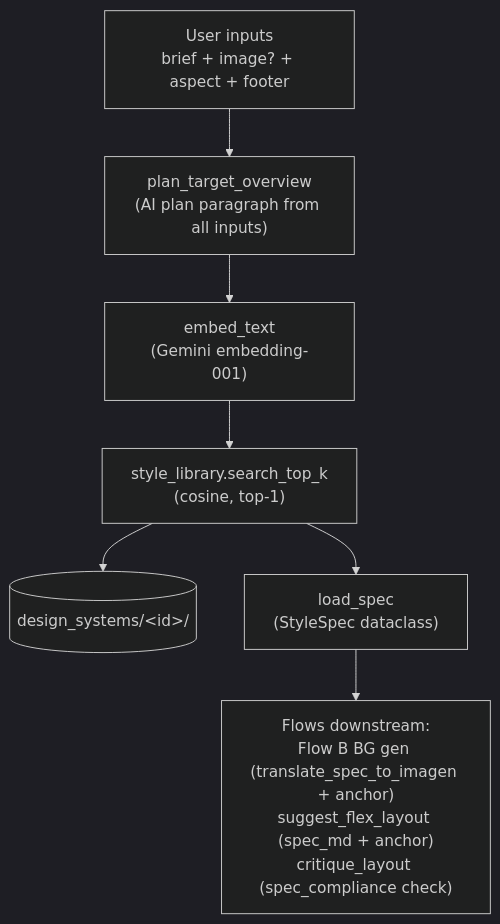
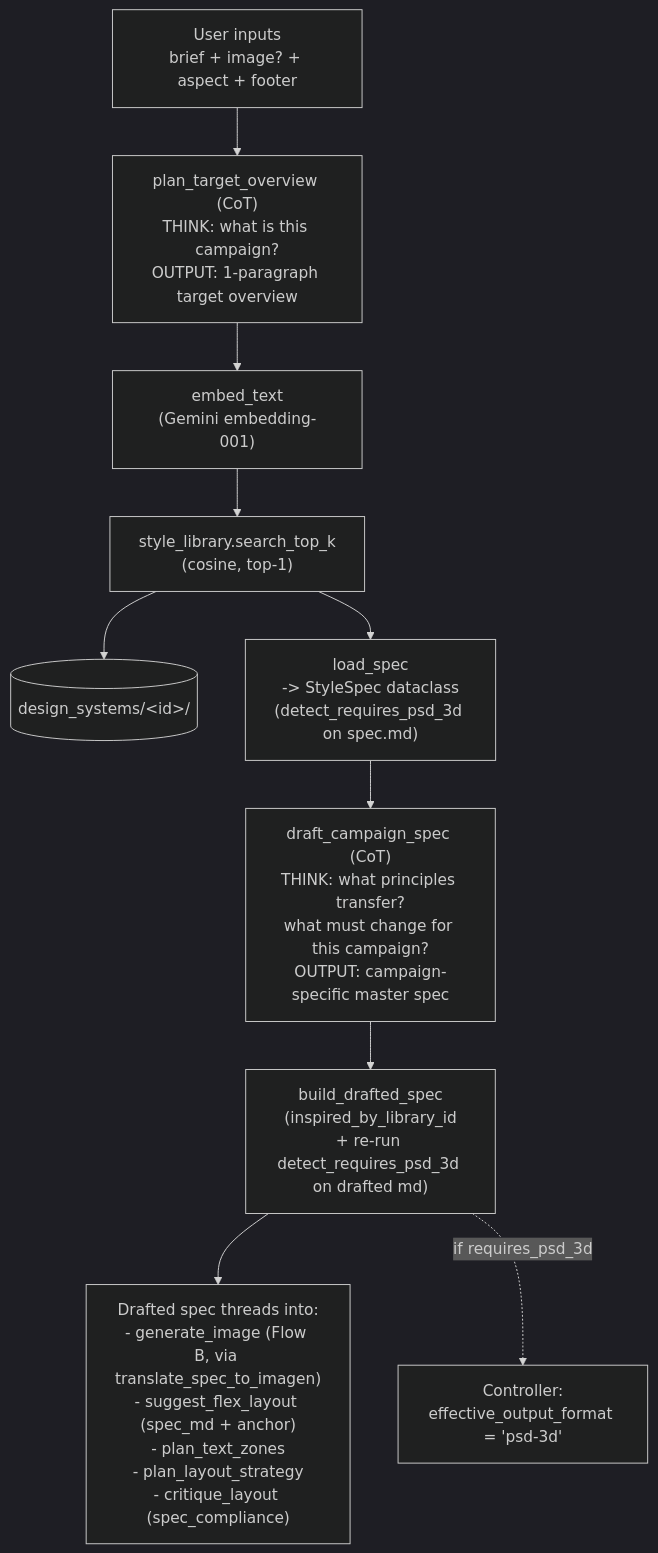
The seventh of 7 diagrams in architecture.md (Chulinuwu/gen-image-layer-separator), drawn with Mermaid (dark theme) before and after one commit. The commit also changed other lines of this file and 1 other file, not shown here.

Commit message:
docs: update architecture.md + CLAUDE.md to reflect StyleSpec pipeline (Step 0 + 0.5, CoT prompts, spec-driven BG)

````diff
--- a/architecture.md
+++ b/architecture.md
@@ -553,9 +646,14 @@
 ```mermaid
 graph TB
-  Inputs["User inputs<br/>brief + image? + aspect + footer"] --> Plan["plan_target_overview<br/>(AI plan paragraph from all inputs)"]
-  Plan --> Emb["embed_text<br/>(Gemini embedding-001)"]
-  Emb --> Search["style_library.search_top_k<br/>(cosine, top-1)"]
-  Search --> Lib[("design_systems/&lt;id&gt;/")]
-  Search --> Load["load_spec<br/>(StyleSpec dataclass)"]
-  Load --> Downstream["Flows downstream:<br/>Flow B BG gen (translate_spec_to_imagen + anchor)<br/>suggest_flex_layout (spec_md + anchor)<br/>critique_layout (spec_compliance check)"]
+  Inputs["User inputs<br/>brief + image? + aspect + footer"] --> Plan
+  Plan["plan_target_overview (CoT)<br/>THINK: what is this campaign?<br/>OUTPUT: 1-paragraph target overview"] --> Emb
+  Emb["embed_text<br/>(Gemini embedding-001)"] --> Search
+  Search["style_library.search_top_k<br/>(cosine, top-1)"] --> Lib[("design_systems/&lt;id&gt;/")]
+  Search --> Load["load_spec<br/>-> StyleSpec dataclass<br/>(detect_requires_psd_3d on spec.md)"]
+  Load --> Draft["draft_campaign_spec (CoT)<br/>THINK: what principles transfer?<br/>what must change for this campaign?<br/>OUTPUT: campaign-specific master spec"]
+  Draft --> Build["build_drafted_spec<br/>(inspired_by_library_id<br/>+ re-run detect_requires_psd_3d on drafted md)"]
+  Build --> Downstream
+  Build -. "if requires_psd_3d" .-> Elev["Controller:<br/>effective_output_format = 'psd-3d'"]
+
+  Downstream["Drafted spec threads into:<br/>- generate_image (Flow B, via translate_spec_to_imagen)<br/>- suggest_flex_layout (spec_md + anchor)<br/>- plan_text_zones<br/>- plan_layout_strategy<br/>- critique_layout (spec_compliance)"]
 ```
````
